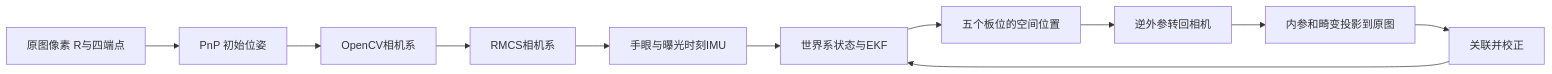
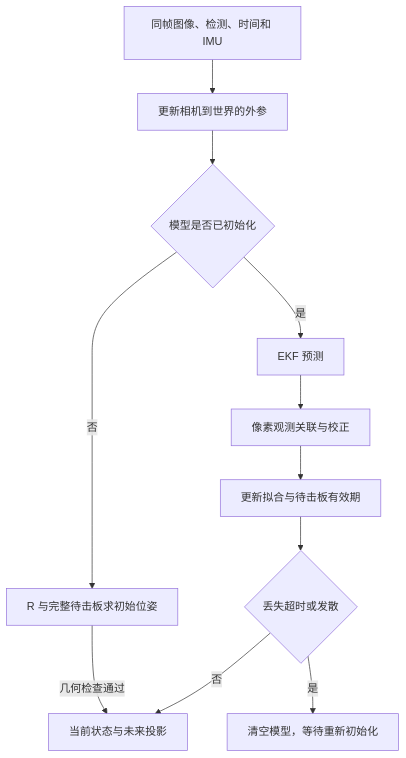
One commit to rgzrj/mas_vision changed the diagram in auto_buff/buff_track/README.md. Above: the diagram before and after it, drawn with Mermaid. The commit also changed other lines of this file and 58 other files, not shown here.

````diff
--- a/auto_buff/buff_track/README.md
+++ b/auto_buff/buff_track/README.md
@@ -9,13 +585,13 @@
 ```mermaid
-flowchart LR
-    A[原图像素 R与四端点] --> B[PnP 初始位姿]
-    B --> C[OpenCV相机系]
-    C --> D[RMCS相机系]
-    D --> E[手眼与曝光时刻IMU]
-    E --> F[世界系状态与EKF]
-    F --> G[五个板位的空间位置]
-    G --> H[逆外参转回相机]
-    H --> I[内参和畸变投影到原图]
-    I --> J[关联并校正]
-    J --> F
+flowchart TD
+    A[同帧图像、检测、时间和 IMU] --> B[更新相机到世界的外参]
+    B --> C{模型是否已初始化}
+    C -->|否| D[R 与完整待击板求初始位姿]
+    C -->|是| E[EKF 预测]
+    E --> F[像素观测关联与校正]
+    F --> G[更新拟合与待击板有效期]
+    G --> I{丢失超时或发散}
+    I -->|否| H[当前状态与未来投影]
+    I -->|是| J[清空模型，等待重新初始化]
+    D -->|几何检查通过| H
 ```
````
